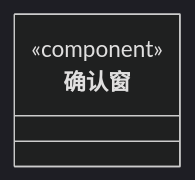
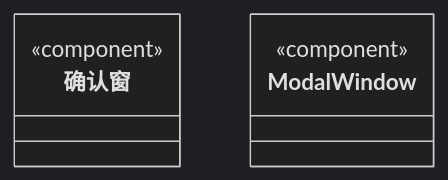
One commit to nan023062/cbim changed the diagram in src/framework-ui/containers/windows/ARCHITECTURE.md. Above: the diagram before and after it, drawn with Mermaid (dark theme). The commit also changed other lines of this file and 37 other files, not shown here.

````diff
--- a/src/framework-ui/containers/windows/ARCHITECTURE.md
+++ b/src/framework-ui/containers/windows/ARCHITECTURE.md
@@ -17,7 +18,11 @@
 ```mermaid
 classDiagram
 class N_da2368ab46d1["确认窗"] {
   <<component>>
 }
 click N_da2368ab46d1 href "ConfirmWindow.tsx"
+class N_db687672af6f["ModalWindow"] {
+  <<component>>
+}
+click N_db687672af6f href "ModalWindow.tsx"
 ```
````
